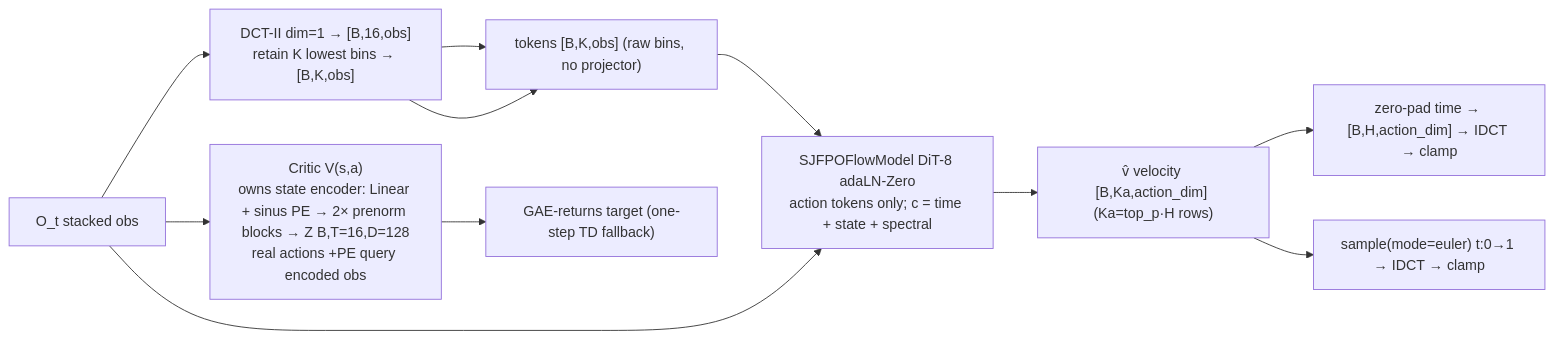
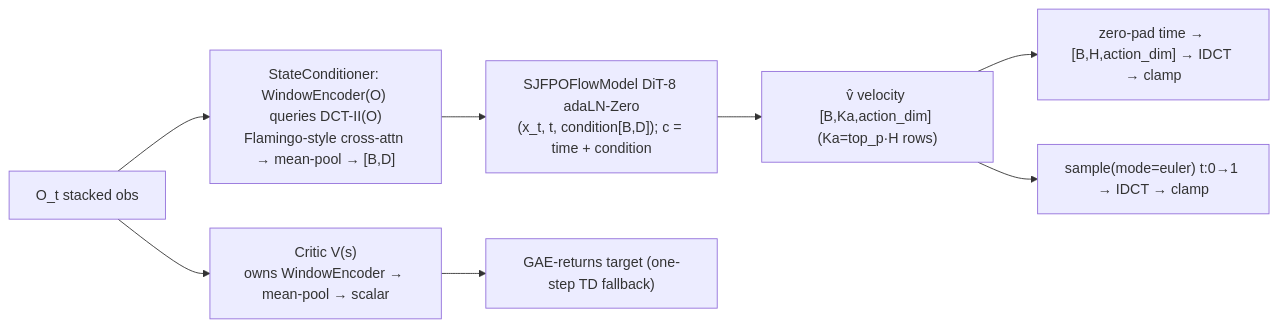
The diagram in docs/architecture.md (dzungphieuluuky/flow-policy-optimization), drawn with Mermaid before and after one commit. The commit also changed other lines of this file and 19 other files, not shown here.

First line of the commit message:
refactor(sjfpo): external Flamingo-style StateConditioner, (x_t, t, condition) flow

````diff
--- a/docs/architecture.md
+++ b/docs/architecture.md
@@ -14,13 +14,10 @@
 ```mermaid
 flowchart LR
-  O[O_t stacked obs] --> DCT["DCT-II dim=1 → [B,16,obs]\nretain K lowest bins → [B,K,obs]"]
-  DCT --> TOK["tokens [B,K,obs] (raw bins, no projector)"]
-  DCT --> TOK["tokens [B,K,obs] (raw bins, no projector)"]
-  TOK --> DIT["SJFPOFlowModel DiT-8 adaLN-Zero\naction tokens only; c = time + state + spectral"]
-  O --> DIT
+  O[O_t stacked obs] --> SC["StateConditioner: WindowEncoder(O) queries DCT-II(O)\nFlamingo-style cross-attn → mean-pool → [B,D]"]
+  SC --> DIT["SJFPOFlowModel DiT-8 adaLN-Zero\n(x_t, t, condition[B,D]); c = time + condition"]
   DIT --> V["v̂ velocity [B,Ka,action_dim] (Ka=top_p·H rows)"]
   V --> PAD["zero-pad time → [B,H,action_dim] → IDCT → clamp"]
   V --> EUL["sample(mode=euler) t:0→1 → IDCT → clamp"]
-  O --> CR["Critic V(s,a)\nowns state encoder: Linear + sinus PE → 2× prenorm blocks → Z B,T=16,D=128\nreal actions +PE query encoded obs"]
+  O --> CR["Critic V(s)\nowns WindowEncoder → mean-pool → scalar"]
   CR --> TD["GAE-returns target (one-step TD fallback)"]
 ```
````
